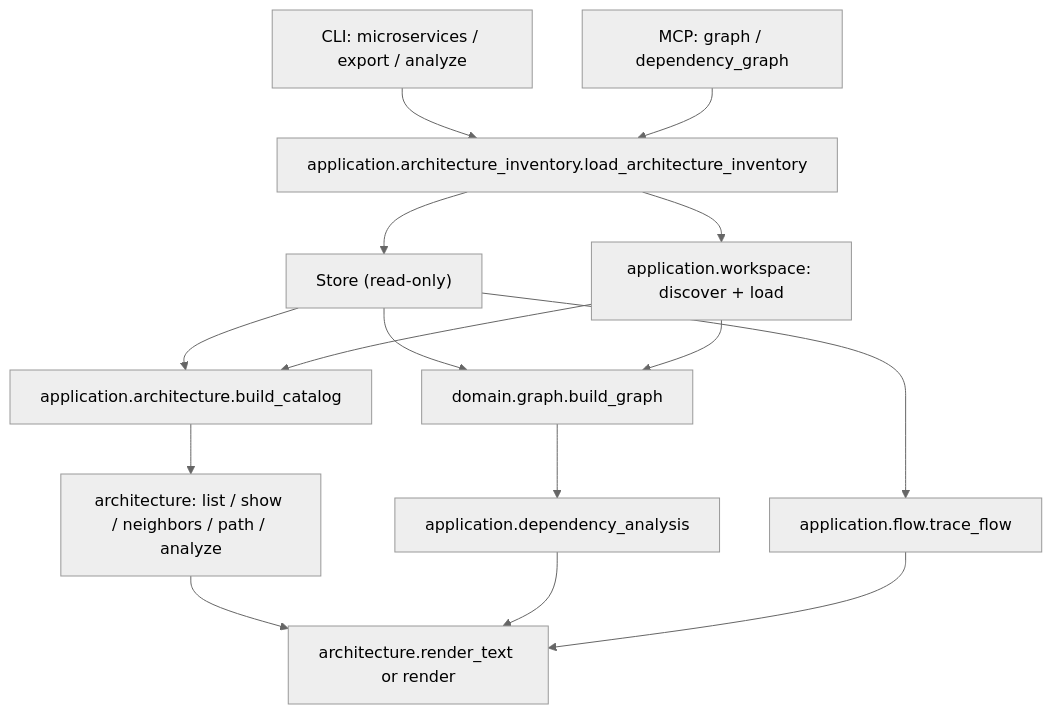
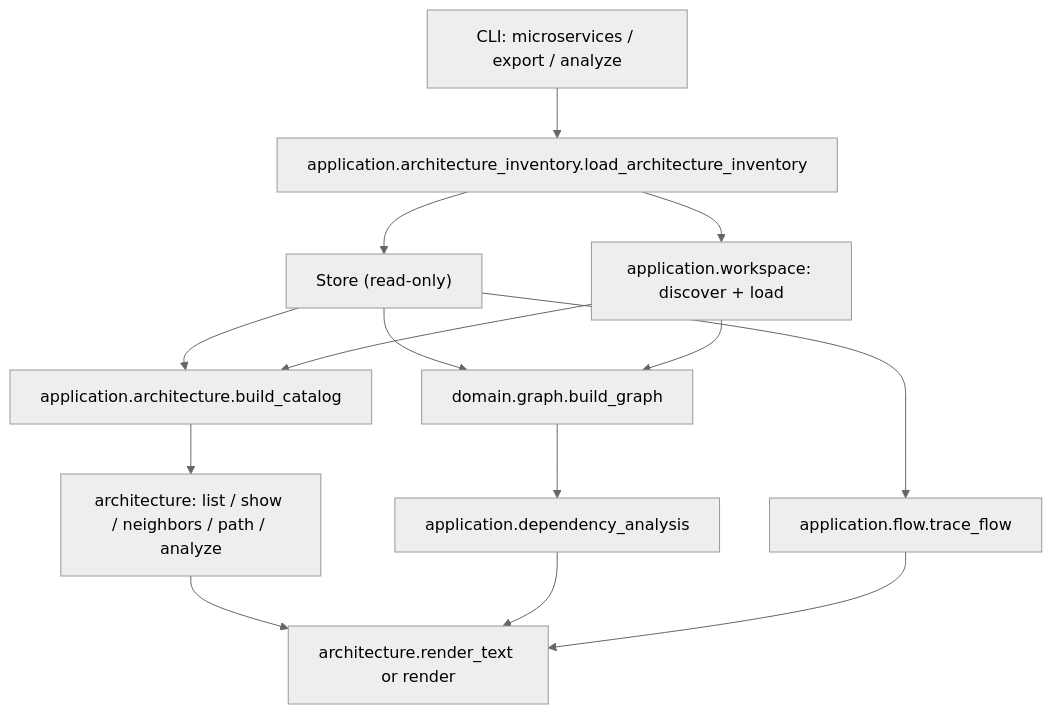
The second of 2 diagrams in docs/ARCHITECTURE.md (elkouhen/systemlens), drawn with Mermaid (neutral theme) before and after one commit. The commit also changed other lines of this file and 43 other files, not shown here.

Commit message:
Consolidate CLI workflow and graph documentation

````diff
--- a/docs/ARCHITECTURE.md
+++ b/docs/ARCHITECTURE.md
@@ -97,17 +96,16 @@
 ```mermaid
 flowchart TD
     CLI["CLI: microservices / export / analyze"] --> InventoryLoader
-    MCP["MCP: graph / dependency_graph"] --> InventoryLoader
     InventoryLoader["application.architecture_inventory.load_architecture_inventory"] --> Store["Store (read-only)"]
     InventoryLoader --> Federation["application.workspace: discover + load"]
     Store --> Catalog["application.architecture.build_catalog"]
     Federation --> Catalog
     Catalog --> Architecture["architecture: list / show / neighbors / path / analyze"]
     Store --> Graph["domain.graph.build_graph"]
     Federation --> Graph
     Graph --> Dependencies["application.dependency_analysis"]
     Store --> Flow["application.flow.trace_flow"]
     Architecture --> Render["architecture.render_text or render"]
     Dependencies --> Render
     Flow --> Render
 ```
````
